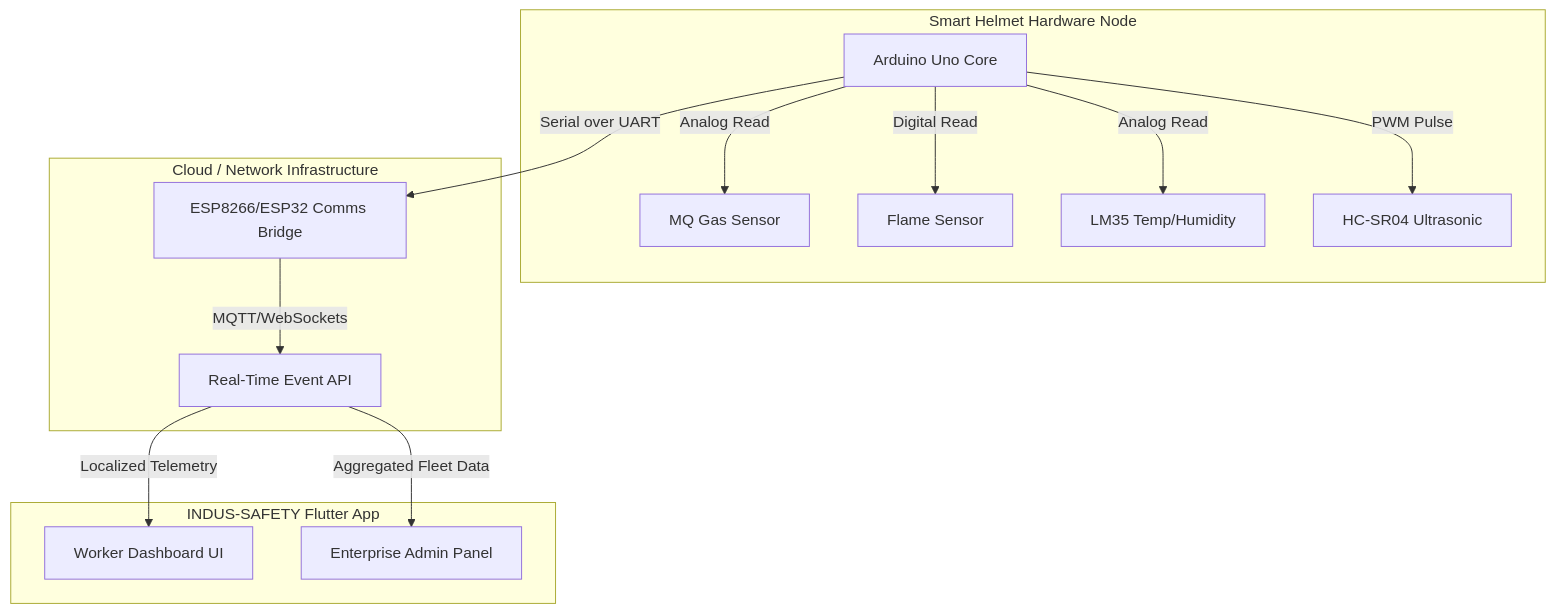
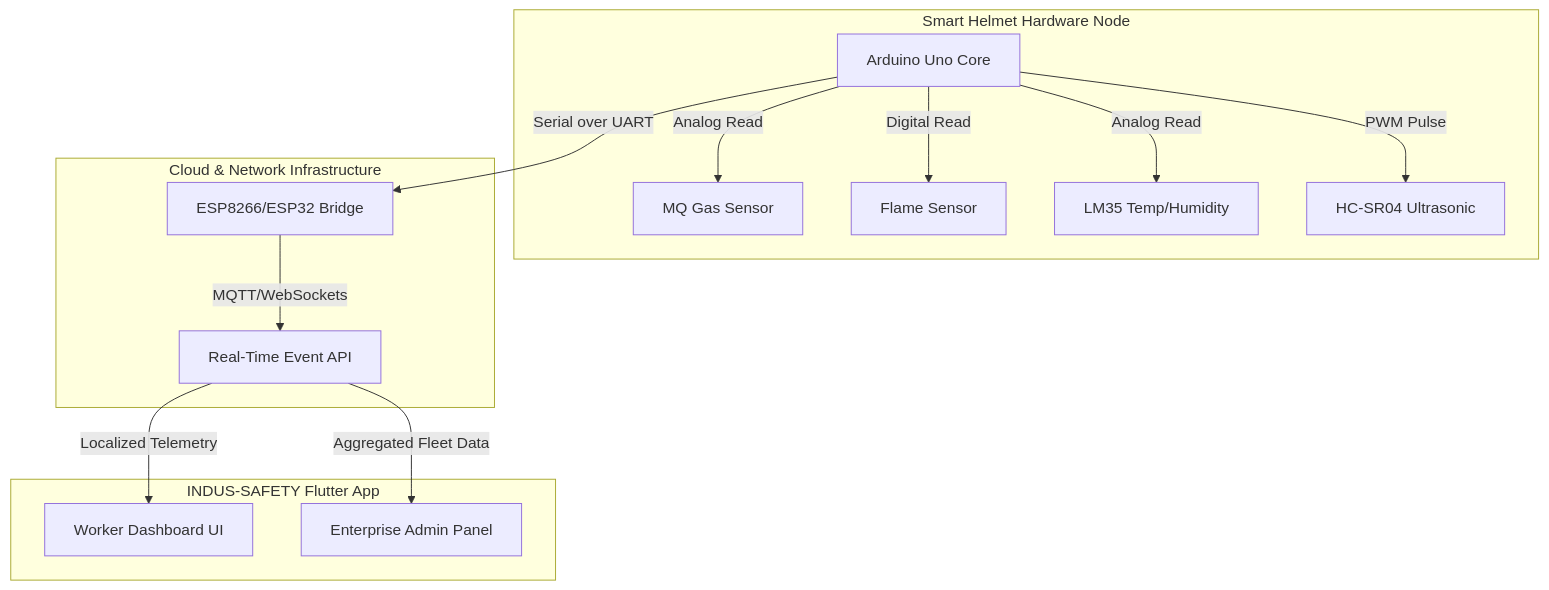
Before and after one commit to sathishr-ai/Smart-Helmet-Industrial-Safety: the diagram in README.md, drawn with Mermaid. The commit also changed 2 other files, not shown here.

Commit message:
docs: refine LinkedIn carousel cover scaling and fix README mermaid syntax for mobile

````diff
--- a/README.md
+++ b/README.md
@@ -73,20 +73,20 @@
 ```mermaid
-graph TD;
-    subgraph "Smart Helmet Hardware Node"
-        A[Arduino Uno Core] -->|Analog Read| B[MQ Gas Sensor];
-        A -->|Digital Read| C[Flame Sensor];
-        A -->|Analog Read| D[LM35 Temp/Humidity];
-        A -->|PWM Pulse| E[HC-SR04 Ultrasonic];
+graph TD
+    subgraph Hardware [Smart Helmet Hardware Node]
+        A[Arduino Uno Core] -->|Analog Read| B[MQ Gas Sensor]
+        A -->|Digital Read| C[Flame Sensor]
+        A -->|Analog Read| D[LM35 Temp/Humidity]
+        A -->|PWM Pulse| E[HC-SR04 Ultrasonic]
     end
     
-    A -->|Serial over UART| F[ESP8266/ESP32 Comms Bridge];
+    A -->|Serial over UART| F[ESP8266/ESP32 Bridge]
     
-    subgraph "Cloud / Network Infrastructure"
-        F -->|MQTT/WebSockets| G[Real-Time Event API];
+    subgraph Cloud [Cloud & Network Infrastructure]
+        F -->|MQTT/WebSockets| G[Real-Time Event API]
     end
     
-    subgraph "INDUS-SAFETY Flutter App"
-        G -->|Localized Telemetry| H[Worker Dashboard UI];
-        G -->|Aggregated Fleet Data| I[Enterprise Admin Panel];
+    subgraph Mobile [INDUS-SAFETY Flutter App]
+        G -->|Localized Telemetry| H[Worker Dashboard UI]
+        G -->|Aggregated Fleet Data| I[Enterprise Admin Panel]
     end
 ```
````
